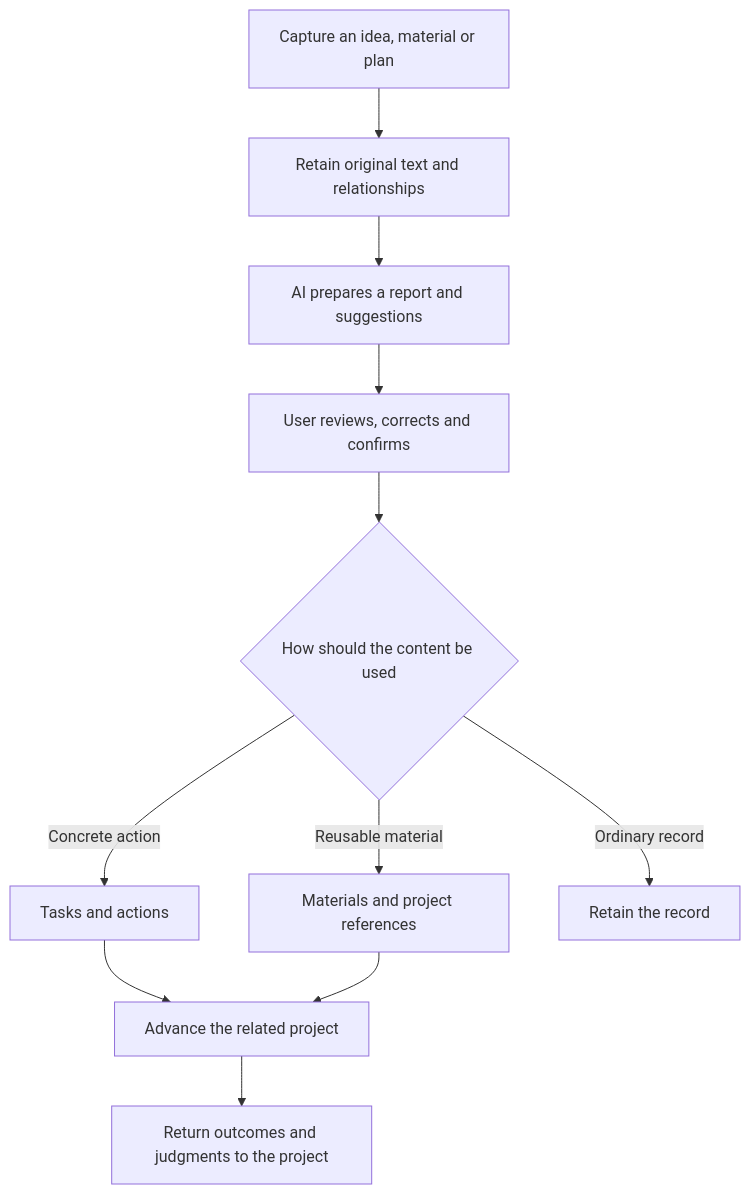
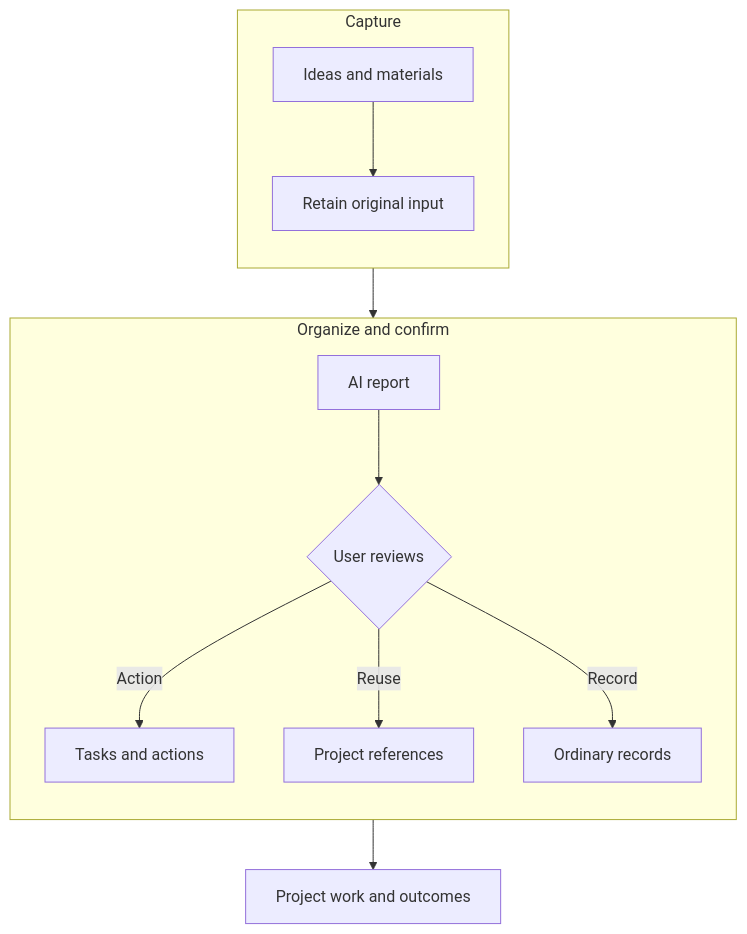
The first of 2 diagrams in content/en/cases/intent.md (cytlabs/personal-site), drawn with Mermaid before and after one commit. The commit also changed other lines of this file and 17 other files, not shown here.

First line of the commit message:
统一图表排版、主题和大图查看 (#15)

````diff
--- a/content/en/cases/intent.md
+++ b/content/en/cases/intent.md
@@ -17,13 +17,16 @@
 ```mermaid
 flowchart TD
-    A["Capture an idea, material or plan"] --> B["Retain original text and relationships"]
-    B --> C["AI prepares a report and suggestions"]
-    C --> D["User reviews, corrects and confirms"]
-    D --> E{"How should the content be used"}
-    E -->|Concrete action| F["Tasks and actions"]
-    E -->|Reusable material| G["Materials and project references"]
-    E -->|Ordinary record| H["Retain the record"]
-    F --> I["Advance the related project"]
-    G --> I
-    I --> J["Return outcomes and judgments to the project"]
+    subgraph CAPTURE["Capture"]
+        direction TB
+        A["Ideas and materials"] --> B["Retain original input"]
+    end
+    subgraph ORGANIZE["Organize and confirm"]
+        direction TB
+        C["AI report"] --> D{"User reviews"}
+        D -->|Action| E["Tasks and actions"]
+        D -->|Reuse| F["Project references"]
+        D -->|Record| G["Ordinary records"]
+    end
+    CAPTURE --> ORGANIZE
+    ORGANIZE --> H["Project work and outcomes"]
 ```
````
